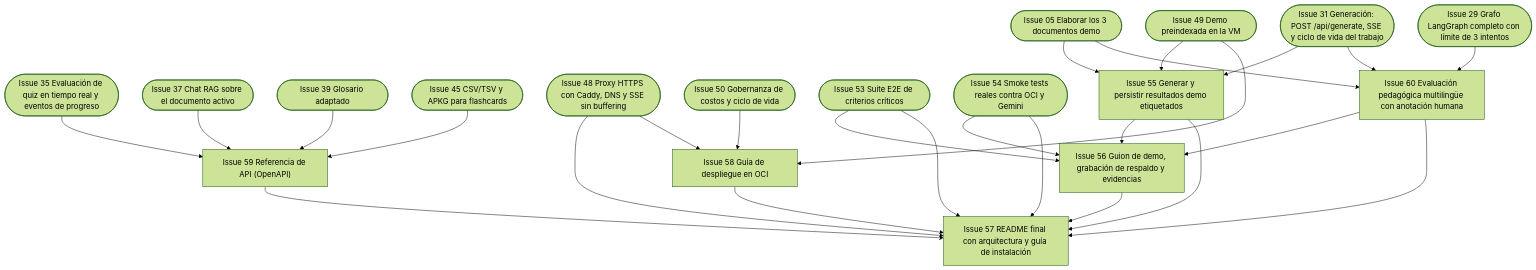
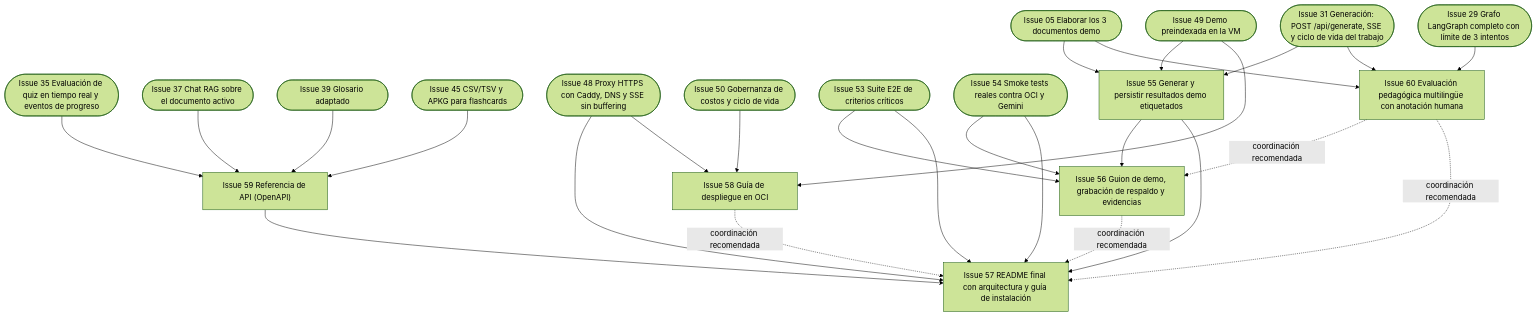
Before and after one commit to DavidAlonsoCode/NuevaMente-RAG-Multiagente: the diagram in docs/issues/fase-6-demo-entrega.md, drawn with Mermaid (forest theme). The commit also changed other lines of this file and 1 other file, not shown here.

````diff
--- a/docs/issues/fase-6-demo-entrega.md
+++ b/docs/issues/fase-6-demo-entrega.md
@@ -8,46 +8,46 @@
 ```mermaid
 graph TD
     I05(["Issue 05 Elaborar los 3 documentos demo"])
     I29(["Issue 29 Grafo LangGraph completo con límite de 3 intentos"])
     I31(["Issue 31 Generación: POST /api/generate, SSE y ciclo de vida del trabajo"])
     I35(["Issue 35 Evaluación de quiz en tiempo real y eventos de progreso"])
     I37(["Issue 37 Chat RAG sobre el documento activo"])
     I39(["Issue 39 Glosario adaptado"])
     I45(["Issue 45 CSV/TSV y APKG para flashcards"])
     I48(["Issue 48 Proxy HTTPS con Caddy, DNS y SSE sin buffering"])
     I49(["Issue 49 Demo preindexada en la VM"])
     I50(["Issue 50 Gobernanza de costos y ciclo de vida"])
     I53(["Issue 53 Suite E2E de criterios críticos"])
     I54(["Issue 54 Smoke tests reales contra OCI y Gemini"])
     I55["Issue 55 Generar y persistir resultados demo etiquetados"]
     I56["Issue 56 Guion de demo, grabación de respaldo y evidencias"]
     I57["Issue 57 README final con arquitectura y guía de instalación"]
     I58["Issue 58 Guía de despliegue en OCI"]
     I59["Issue 59 Referencia de API (OpenAPI)"]
     I60["Issue 60 Evaluación pedagógica multilingüe con anotación humana"]
     I05 --> I55
     I31 --> I55
     I49 --> I55
     I55 --> I56
     I53 --> I56
     I54 --> I56
-    I60 --> I56
+    I60 -. coordinación recomendada .-> I56
     I48 --> I57
     I53 --> I57
     I54 --> I57
     I55 --> I57
-    I56 --> I57
-    I58 --> I57
+    I56 -. coordinación recomendada .-> I57
+    I58 -. coordinación recomendada .-> I57
     I59 --> I57
-    I60 --> I57
+    I60 -. coordinación recomendada .-> I57
     I48 --> I58
     I49 --> I58
     I50 --> I58
     I35 --> I59
     I37 --> I59
     I39 --> I59
     I45 --> I59
     I29 --> I60
     I05 --> I60
     I31 --> I60
 ```
````
